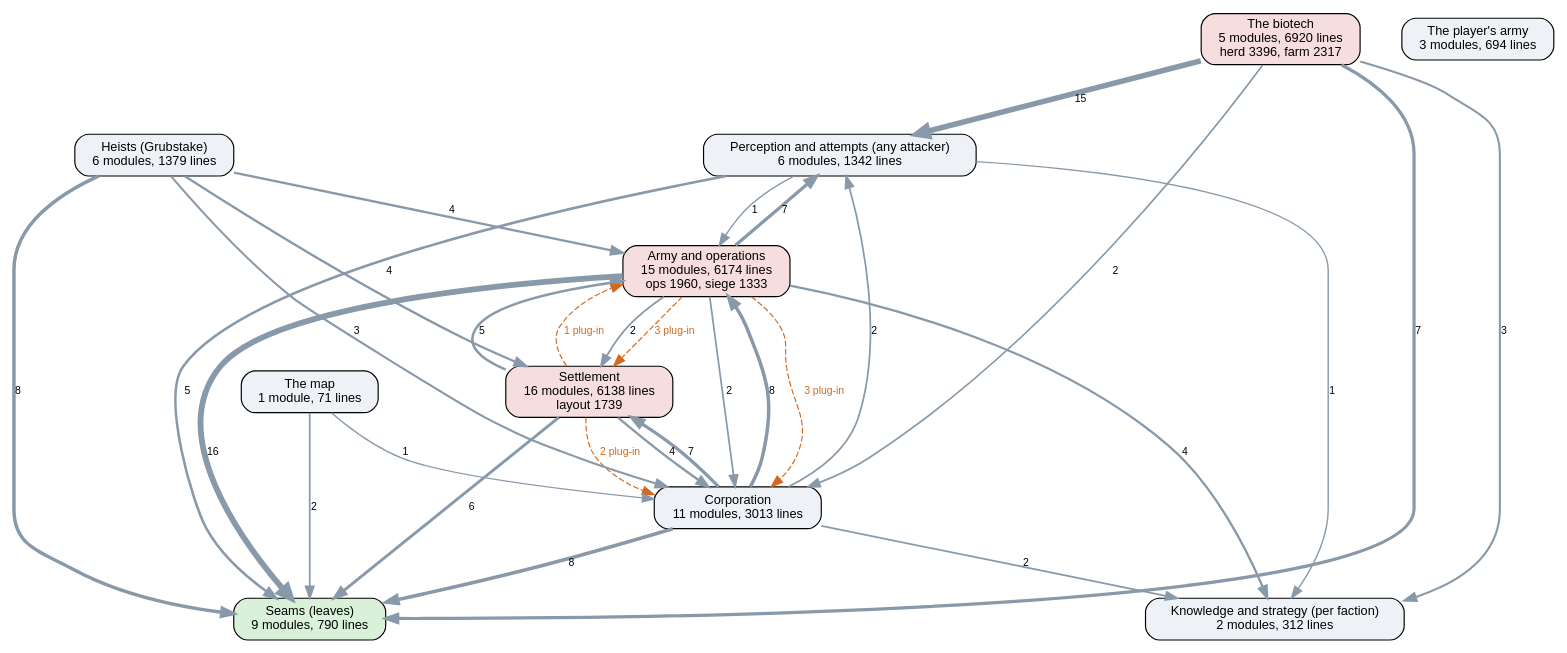
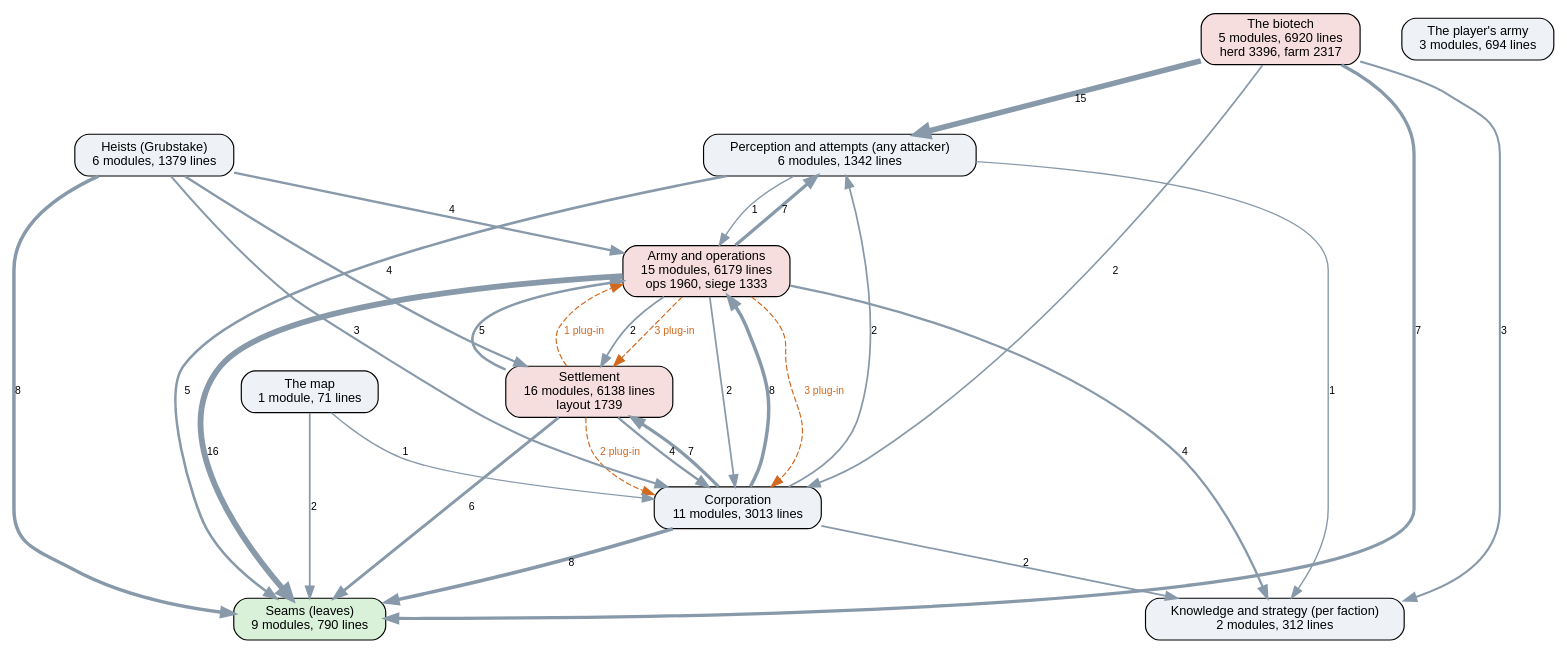
One commit to kinelhu/landing-party changed the diagram in docs/ai-layers.dot. Above: the diagram before and after it, drawn with Graphviz. The commit also changed 8 other files, not shown here.

```diff
--- a/docs/ai-layers.dot
+++ b/docs/ai-layers.dot
@@ -1,45 +1,45 @@
 digraph layers {
   graph [rankdir=TB, fontname="Helvetica", nodesep=0.5, ranksep=0.7];
   node [shape=box, style="rounded,filled", fontname="Helvetica", fontsize=11, fillcolor="#eef2f7"];
   edge [color="#8899aa", fontname="Helvetica", fontsize=9];
   "Seams (leaves)" [label="Seams (leaves)\n9 modules, 790 lines", fillcolor="#d9f0d9"];
   "Perception and attempts (any attacker)" [label="Perception and attempts (any attacker)\n6 modules, 1342 lines", fillcolor="#eef2f7"];
   "Knowledge and strategy (per faction)" [label="Knowledge and strategy (per faction)\n2 modules, 312 lines", fillcolor="#eef2f7"];
   "Corporation" [label="Corporation\n11 modules, 3013 lines", fillcolor="#eef2f7"];
   "Settlement" [label="Settlement\n16 modules, 6138 lines\nlayout 1739", fillcolor="#f7dede"];
-  "Army and operations" [label="Army and operations\n15 modules, 6174 lines\nops 1960, siege 1333", fillcolor="#f7dede"];
+  "Army and operations" [label="Army and operations\n15 modules, 6179 lines\nops 1960, siege 1333", fillcolor="#f7dede"];
   "Heists (Grubstake)" [label="Heists (Grubstake)\n6 modules, 1379 lines", fillcolor="#eef2f7"];
   "The biotech" [label="The biotech\n5 modules, 6920 lines\nherd 3396, farm 2317", fillcolor="#f7dede"];
   "The map" [label="The map\n1 module, 71 lines", fillcolor="#eef2f7"];
   "The player's army" [label="The player's army\n3 modules, 694 lines", fillcolor="#eef2f7"];
   "Army and operations" -> "Corporation" [label="2", penwidth=1.5];
   "Army and operations" -> "Knowledge and strategy (per faction)" [label="4", penwidth=2.0];
   "Army and operations" -> "Perception and attempts (any attacker)" [label="7", penwidth=2.8];
   "Army and operations" -> "Seams (leaves)" [label="16", penwidth=5.0];
   "Army and operations" -> "Settlement" [label="2", penwidth=1.5];
   "Corporation" -> "Army and operations" [label="8", penwidth=3.0];
   "Corporation" -> "Knowledge and strategy (per faction)" [label="2", penwidth=1.5];
   "Corporation" -> "Perception and attempts (any attacker)" [label="2", penwidth=1.5];
   "Corporation" -> "Seams (leaves)" [label="8", penwidth=3.0];
   "Corporation" -> "Settlement" [label="7", penwidth=2.8];
   "Heists (Grubstake)" -> "Army and operations" [label="4", penwidth=2.0];
   "Heists (Grubstake)" -> "Corporation" [label="3", penwidth=1.8];
   "Heists (Grubstake)" -> "Seams (leaves)" [label="8", penwidth=3.0];
   "Heists (Grubstake)" -> "Settlement" [label="4", penwidth=2.0];
   "Perception and attempts (any attacker)" -> "Army and operations" [label="1", penwidth=1.2];
   "Perception and attempts (any attacker)" -> "Knowledge and strategy (per faction)" [label="1", penwidth=1.2];
   "Perception and attempts (any attacker)" -> "Seams (leaves)" [label="5", penwidth=2.2];
   "Settlement" -> "Army and operations" [label="5", penwidth=2.2];
   "Settlement" -> "Corporation" [label="4", penwidth=2.0];
   "Settlement" -> "Seams (leaves)" [label="6", penwidth=2.5];
   "The biotech" -> "Corporation" [label="2", penwidth=1.5];
   "The biotech" -> "Knowledge and strategy (per faction)" [label="3", penwidth=1.8];
   "The biotech" -> "Perception and attempts (any attacker)" [label="15", penwidth=4.8];
   "The biotech" -> "Seams (leaves)" [label="7", penwidth=2.8];
   "The map" -> "Corporation" [label="1", penwidth=1.2];
   "The map" -> "Seams (leaves)" [label="2", penwidth=1.5];
   "Army and operations" -> "Corporation" [style=dashed, color="#d2691e", fontcolor="#d2691e", label="3 plug-in"];
   "Army and operations" -> "Settlement" [style=dashed, color="#d2691e", fontcolor="#d2691e", label="3 plug-in"];
   "Settlement" -> "Army and operations" [style=dashed, color="#d2691e", fontcolor="#d2691e", label="1 plug-in"];
   "Settlement" -> "Corporation" [style=dashed, color="#d2691e", fontcolor="#d2691e", label="2 plug-in"];
 }
```
